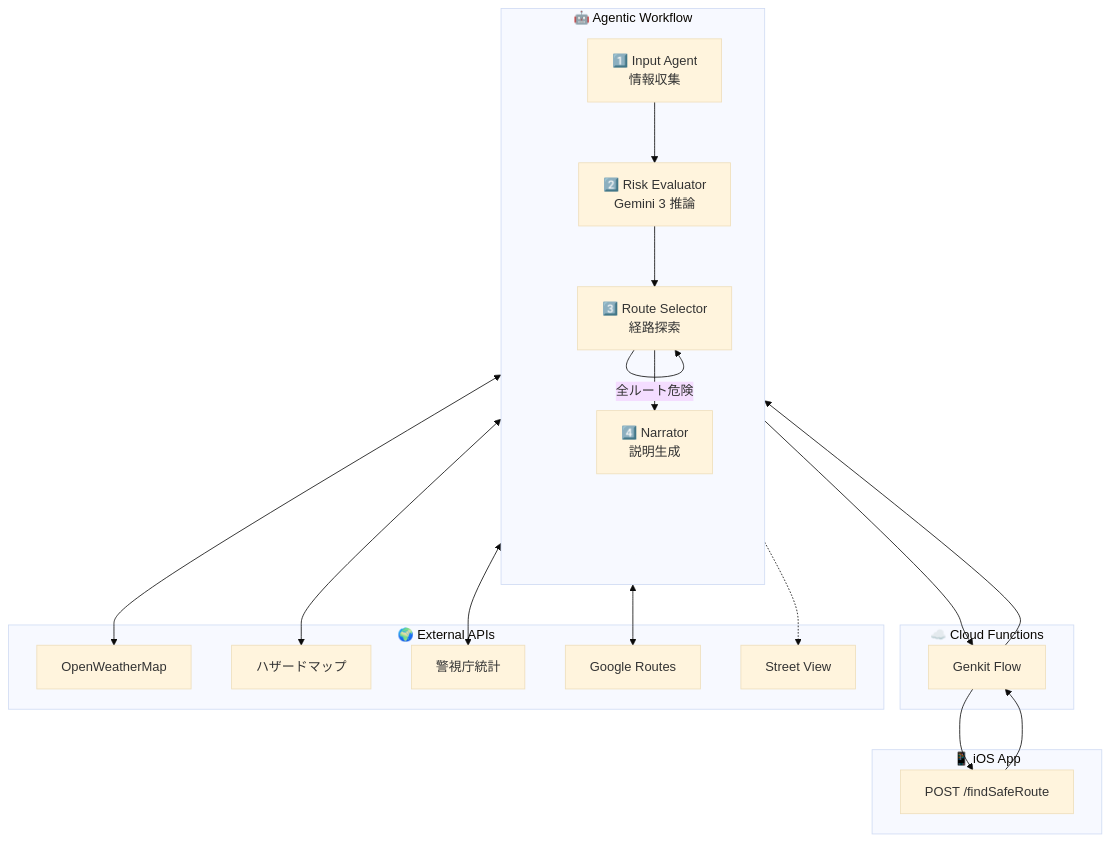
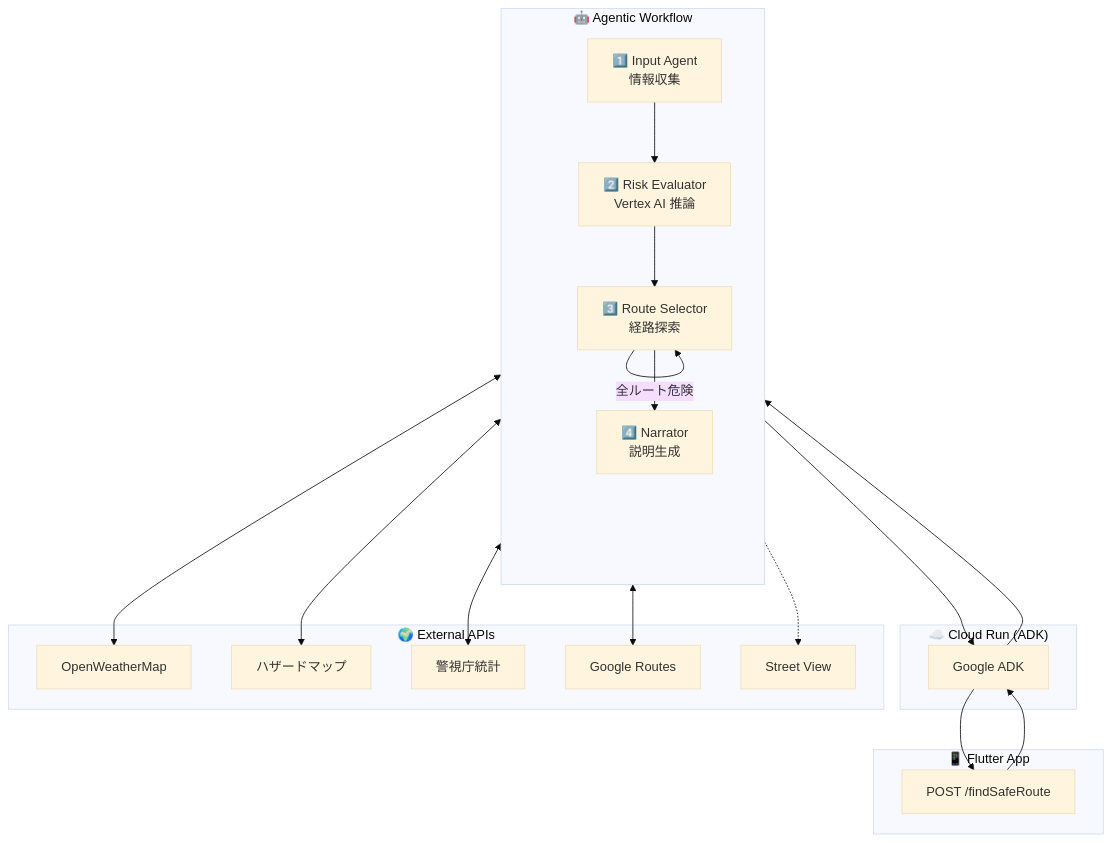
One commit to Ryg-appdev/safe-routing-ai-navigation changed the diagram in Docs/確定/diagrams/07_Agentic_Workflow全体図.md. Above: the diagram before and after it, drawn with Mermaid (base theme). The commit also changed 12 other files, not shown here.

Commit message:
docs: 全ドキュメントの整合性を修正（Flutter/Vertex AI/ADK統一）

````diff
--- a/Docs/確定/diagrams/07_Agentic_Workflow全体図.md
+++ b/Docs/確定/diagrams/07_Agentic_Workflow全体図.md
@@ -3,39 +3,39 @@
 ```mermaid
 flowchart TB
-    subgraph Client [📱 iOS App]
-        REQ[POST /findSafeRoute]
+    subgraph Client ["📱 Flutter App"]
+        REQ["POST /findSafeRoute"]
     end
 
-    subgraph Backend [☁️ Cloud Functions]
-        GK[Genkit Flow]
+    subgraph Backend ["☁️ Cloud Run (ADK)"]
+        ADK["Google ADK"]
     end
 
-    subgraph Agents [🤖 Agentic Workflow]
+    subgraph Agents ["🤖 Agentic Workflow"]
         direction TB
-        A1[1️⃣ Input Agent<br/>情報収集]
-        A2[2️⃣ Risk Evaluator<br/>Gemini 3 推論]
-        A3[3️⃣ Route Selector<br/>経路探索]
-        A4[4️⃣ Narrator<br/>説明生成]
+        A1["1️⃣ Input Agent<br/>情報収集"]
+        A2["2️⃣ Risk Evaluator<br/>Vertex AI 推論"]
+        A3["3️⃣ Route Selector<br/>経路探索"]
+        A4["4️⃣ Narrator<br/>説明生成"]
         
         A1 --> A2
         A2 --> A3
         A3 -->|全ルート危険| A3
         A3 --> A4
     end
 
-    subgraph APIs [🌍 External APIs]
-        W[OpenWeatherMap]
-        H[ハザードマップ]
-        P[警視庁統計]
-        R[Google Routes]
-        S[Street View]
+    subgraph APIs ["🌍 External APIs"]
+        W["OpenWeatherMap"]
+        H["ハザードマップ"]
+        P["警視庁統計"]
+        R["Google Routes"]
+        S["Street View"]
     end
 
-    REQ --> GK --> A1
+    REQ --> ADK --> A1
     A1 <--> W
     A1 <--> H
     A1 <--> P
     A3 <--> R
     A2 -.-> S
-    A4 --> GK --> REQ
+    A4 --> ADK --> REQ
 ```
````
